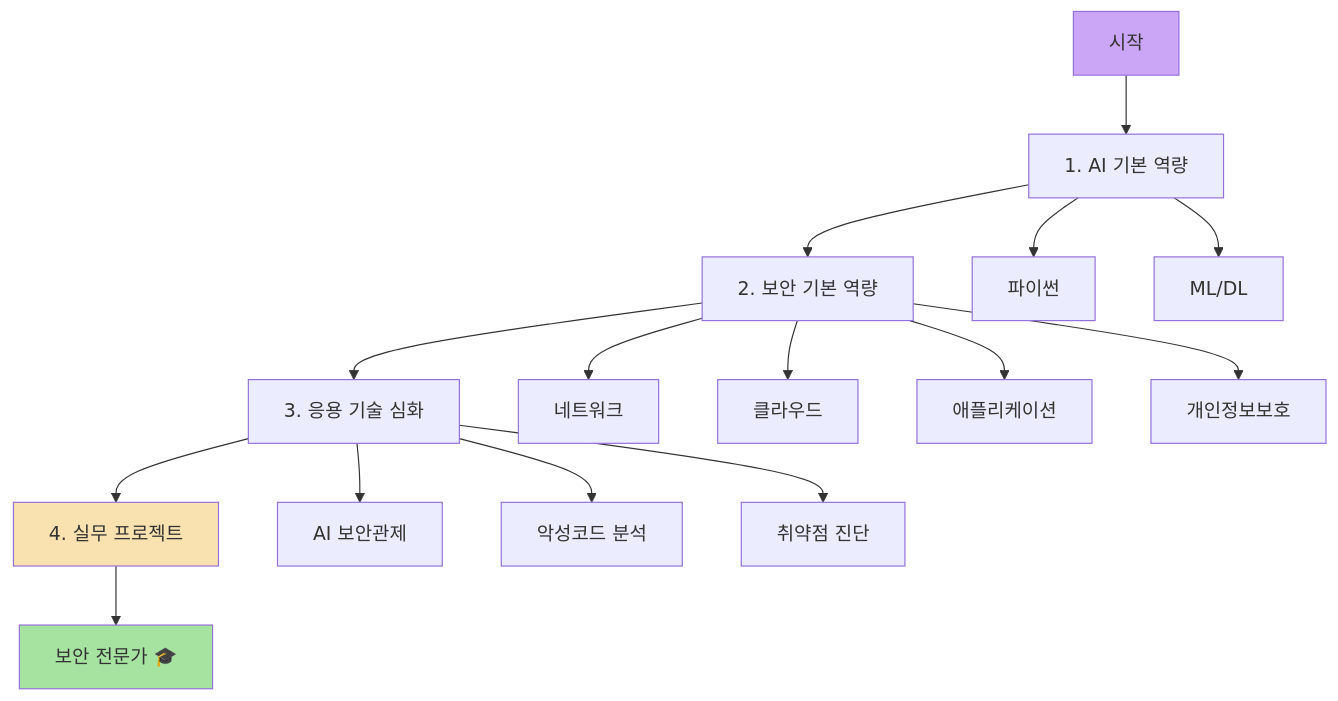
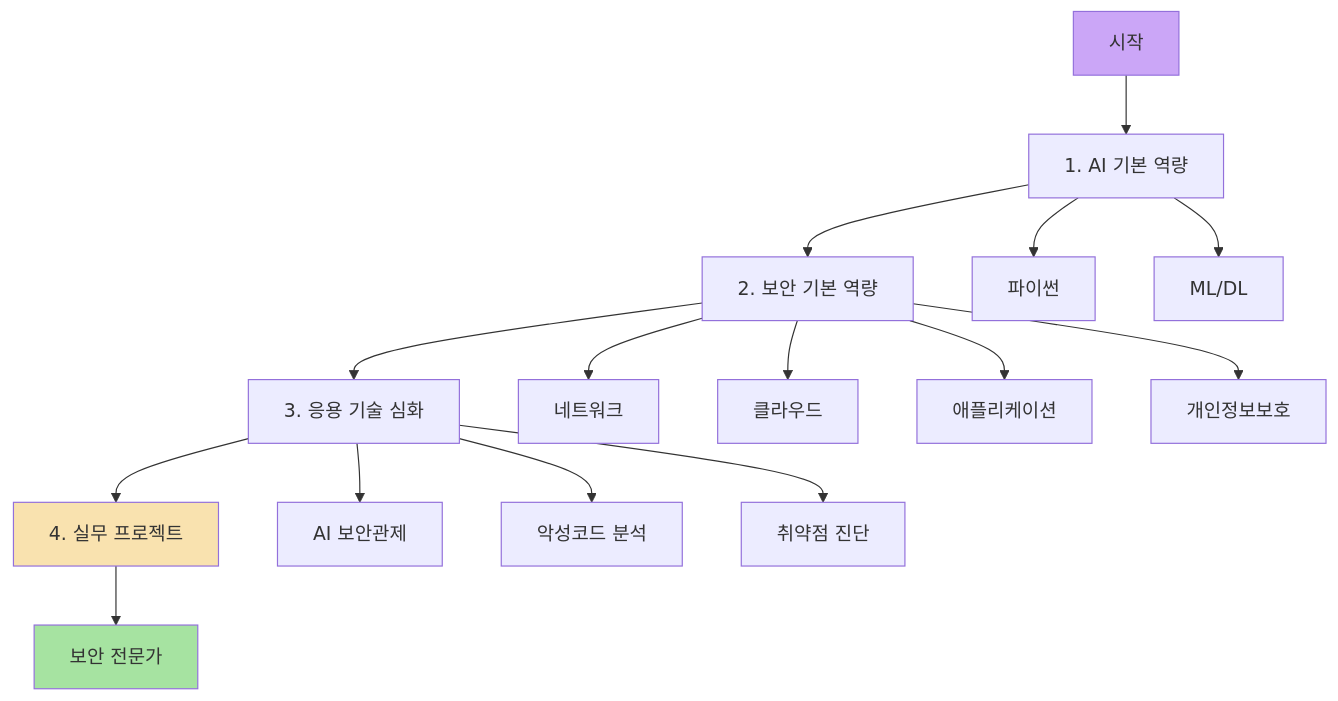
Before and after one commit to khsqowp/khsqowp.github.io: the diagram in index.md, drawn with Mermaid.

Commit message:
Fix Mermaid syntax error by removing emoji
- Remove emoji from node label causing syntax error
- Change "보안 전문가 🎓" to "보안 전문가"

🤖 Generated with [Claude Code](https://claude.com/claude-code)

```diff
--- a/index.md
+++ b/index.md
@@ -125,24 +125,24 @@
 <div class="mermaid">
 graph TD
     A[시작] --> B[1. AI 기본 역량]
     B --> C[2. 보안 기본 역량]
     C --> D[3. 응용 기술 심화]
     D --> E[4. 실무 프로젝트]
-    E --> F[보안 전문가 🎓]
+    E --> F[보안 전문가]
 
     B --> B1[파이썬]
     B --> B2[ML/DL]
 
     C --> C1[네트워크]
     C --> C2[클라우드]
     C --> C3[애플리케이션]
     C --> C4[개인정보보호]
 
     D --> D1[AI 보안관제]
     D --> D2[악성코드 분석]
     D --> D3[취약점 진단]
 
     style A fill:#cba6f7
     style F fill:#a6e3a1
     style E fill:#f9e2af
 </div>
```
